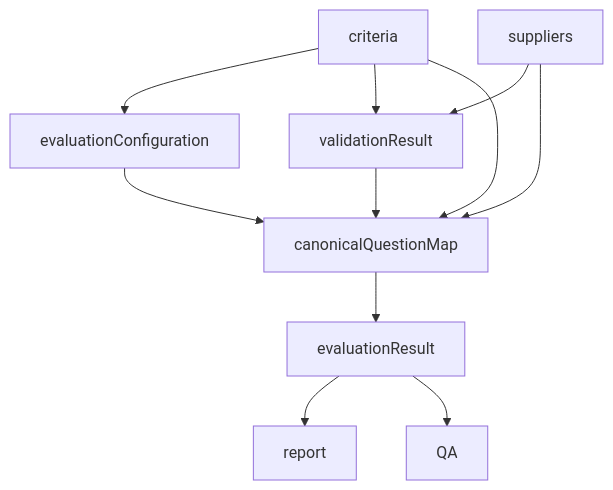
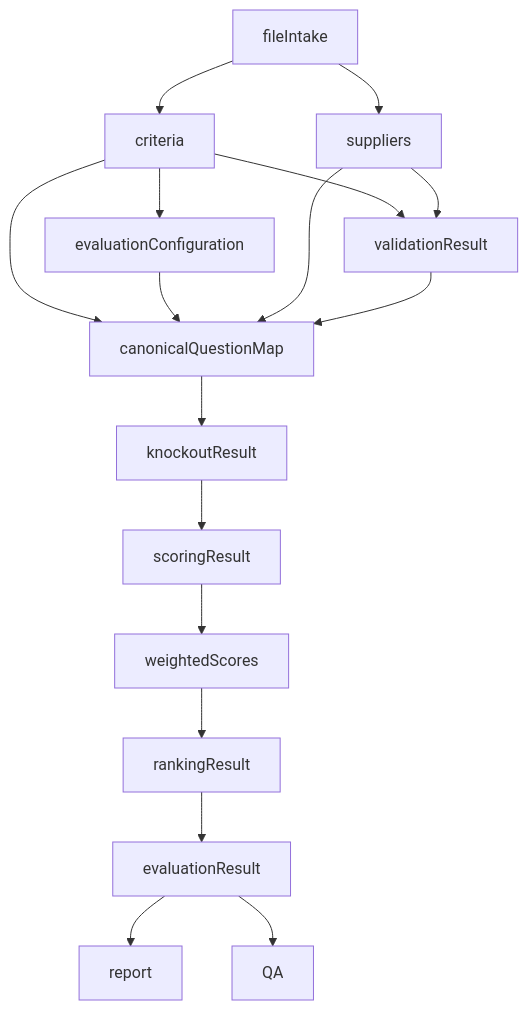
One commit to adityarane-ai/Agentic-Orchestrations changed the third of 3 diagrams in Bid Analysis Agent/05A-Data-Flow-Architecture.md. Above: the diagram before and after it, drawn with Mermaid. The commit also changed other lines of this file, not shown here.

Commit message:
Add file discovery data flow and contracts

````diff
--- a/Bid Analysis Agent/05A-Data-Flow-Architecture.md
+++ b/Bid Analysis Agent/05A-Data-Flow-Architecture.md
@@ -315,23 +302,20 @@
 ```mermaid
 flowchart TD
 
+fileIntake --> criteria
+fileIntake --> suppliers
 criteria --> evaluationConfiguration
-
 criteria --> validationResult
-
 suppliers --> validationResult
-
+criteria --> canonicalQuestionMap
+evaluationConfiguration --> canonicalQuestionMap
+suppliers --> canonicalQuestionMap
 validationResult --> canonicalQuestionMap
-
-criteria --> canonicalQuestionMap
-
-evaluationConfiguration --> canonicalQuestionMap
-
-suppliers --> canonicalQuestionMap
-
-canonicalQuestionMap --> evaluationResult
-
+canonicalQuestionMap --> knockoutResult
+knockoutResult --> scoringResult
+scoringResult --> weightedScores
+weightedScores --> rankingResult
+rankingResult --> evaluationResult
 evaluationResult --> report
-
 evaluationResult --> QA
 ```
````
